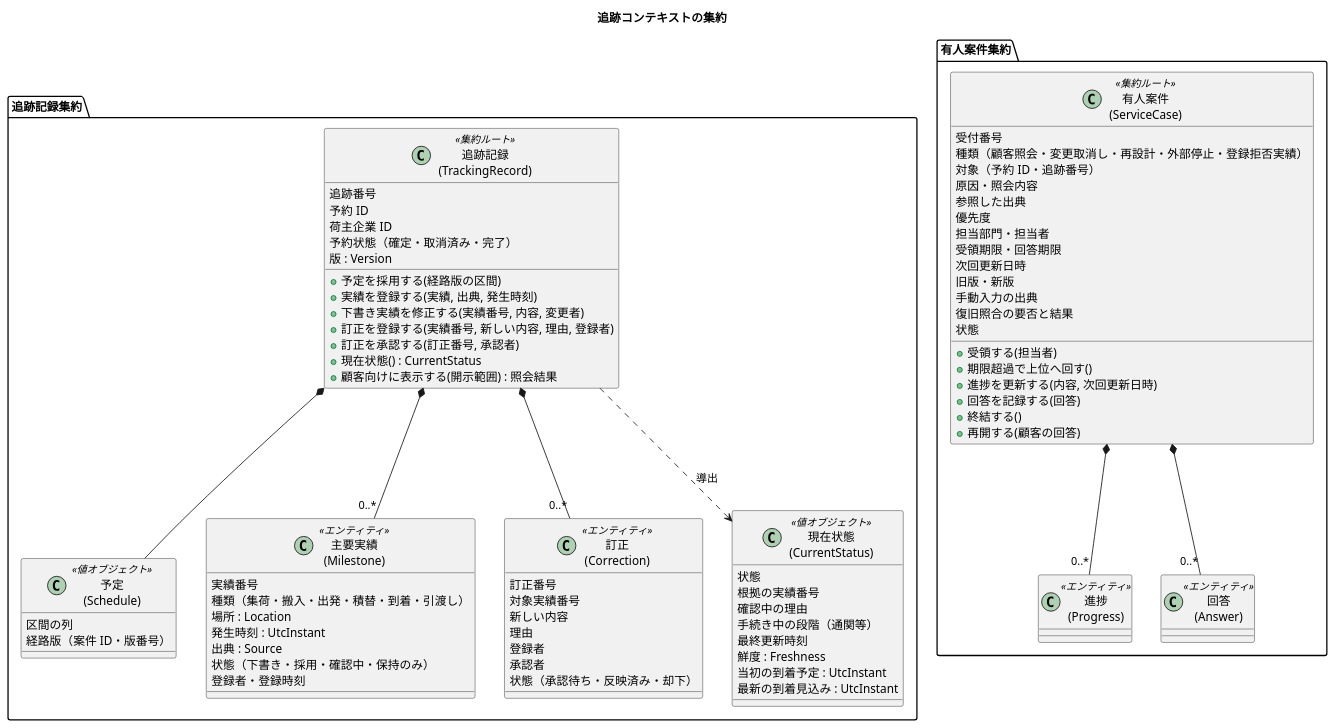
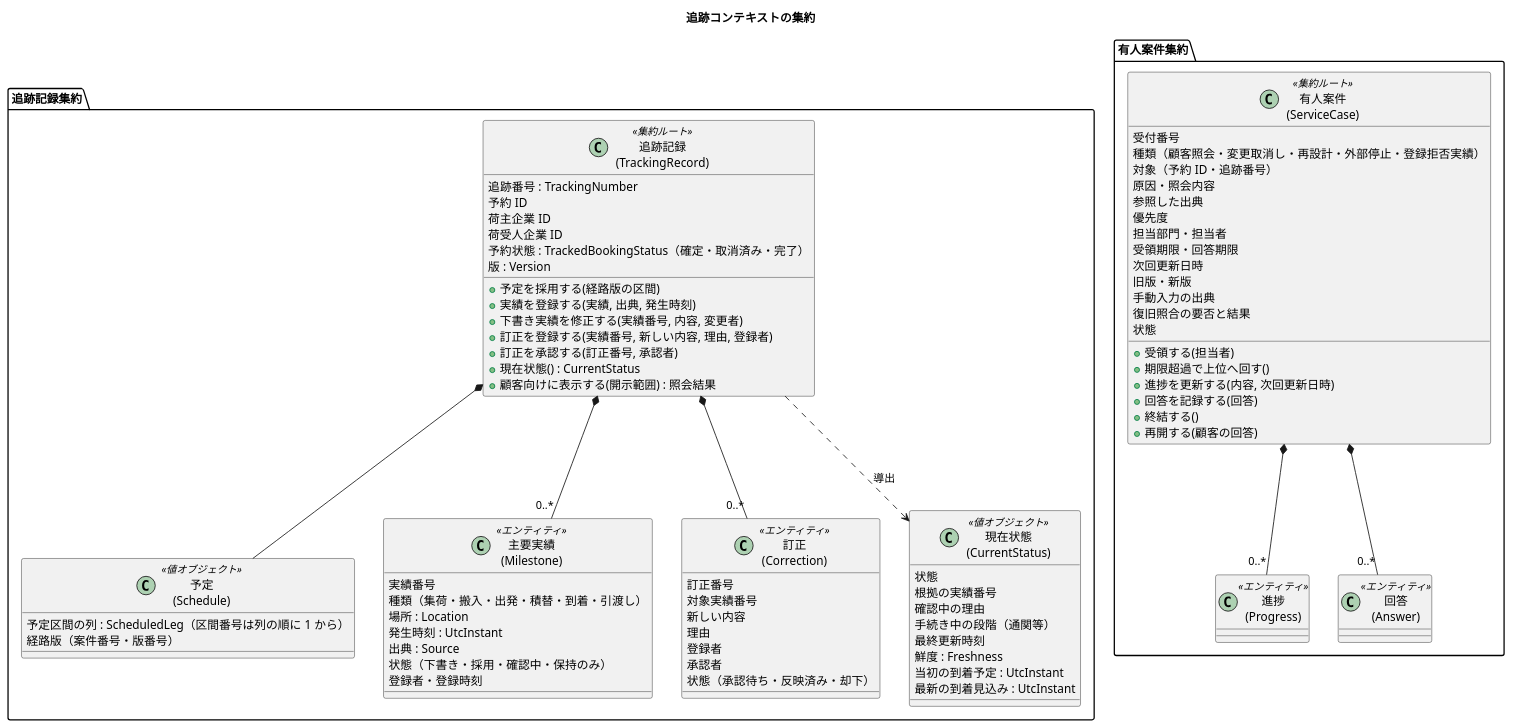
Before and after one commit to k2works/practical-domain-driven-design-in-enterpris-application: the tenth of 15 diagrams in docs/design/cargo-tracker/domain_model.md, drawn with PlantUML. The commit also changed other lines of this file and 18 other files, not shown here.

```diff
--- a/docs/design/cargo-tracker/domain_model.md
+++ b/docs/design/cargo-tracker/domain_model.md
@@ -761,10 +765,11 @@
 title 追跡コンテキストの集約
 package "追跡記録集約" {
   class "追跡記録\n(TrackingRecord)" as TRk <<集約ルート>> {
-    追跡番号
+    追跡番号 : TrackingNumber
     予約 ID
     荷主企業 ID
-    予約状態（確定・取消済み・完了）
+    荷受人企業 ID
+    予約状態 : TrackedBookingStatus（確定・取消済み・完了）
     版 : Version
     + 予定を採用する(経路版の区間)
     + 実績を登録する(実績, 出典, 発生時刻)
@@ -775,8 +780,8 @@
     + 顧客向けに表示する(開示範囲) : 照会結果
   }
   class "予定\n(Schedule)" as Sch <<値オブジェクト>> {
-    区間の列
-    経路版（案件 ID・版番号）
+    予定区間の列 : ScheduledLeg（区間番号は列の順に 1 から）
+    経路版（案件番号・版番号）
   }
   class "主要実績\n(Milestone)" as M <<エンティティ>> {
     実績番号
```
